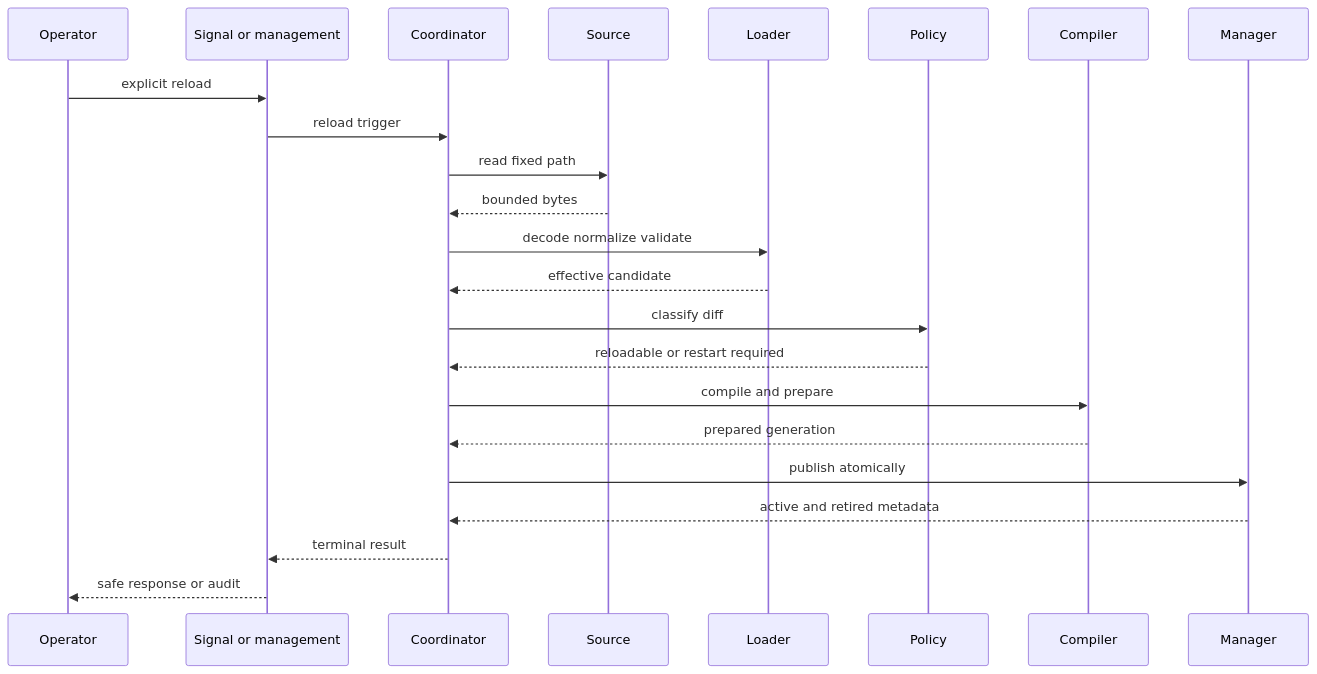
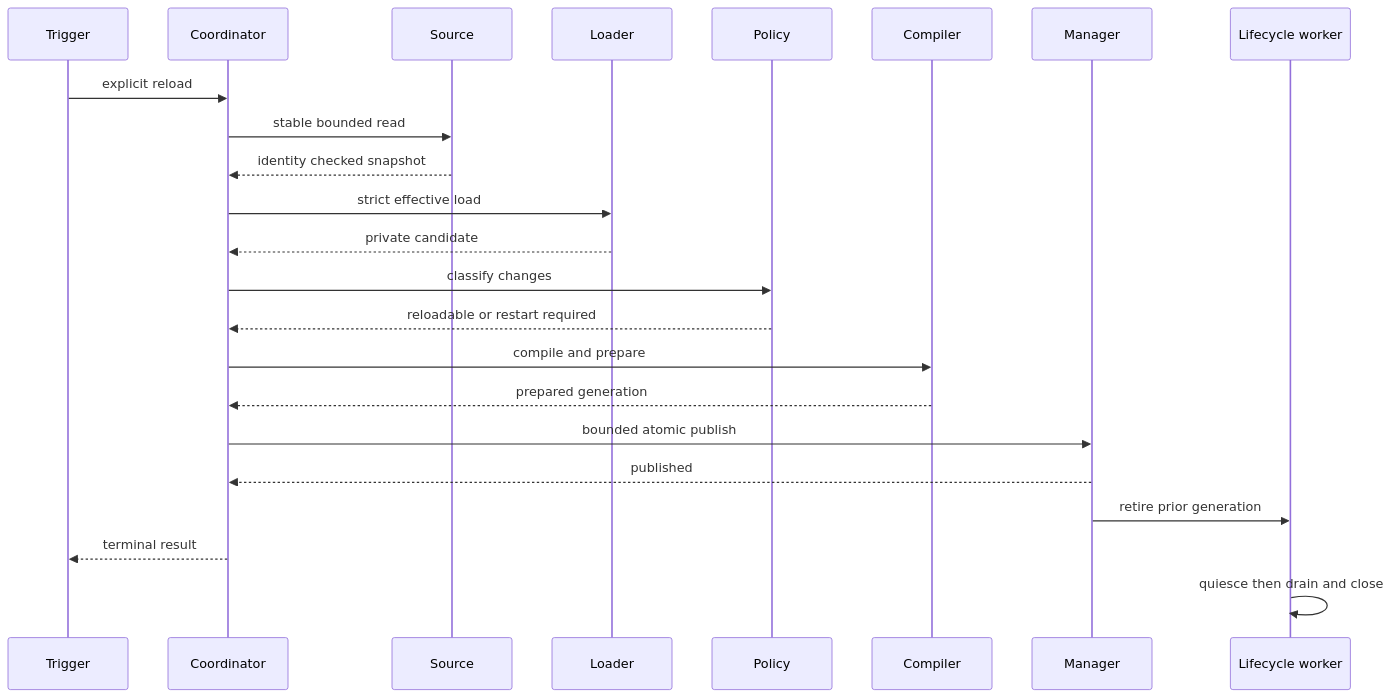
One commit to matdev83/go-llm-interactive-proxy changed the third of 6 diagrams in .kiro/specs/versioned-runtime-reloadable-proxy-configuration/design.md. Above: the diagram before and after it, drawn with Mermaid. The commit also changed other lines of this file, not shown here.

Commit message:
spec: correct runtime reload design after review

````diff
--- a/.kiro/specs/versioned-runtime-reloadable-proxy-configuration/design.md
+++ b/.kiro/specs/versioned-runtime-reloadable-proxy-configuration/design.md
@@ -685,26 +666,26 @@
 ```mermaid
 sequenceDiagram
-    participant Operator
-    participant Trigger as Signal or management
-    participant Coordinator
+    participant Trigger
+    participant Coord as Coordinator
     participant Source
     participant Loader
     participant Policy
     participant Compiler
     participant Manager
+    participant Life as Lifecycle worker
 
-    Operator->>Trigger: explicit reload
-    Trigger->>Coordinator: reload trigger
-    Coordinator->>Source: read fixed path
-    Source-->>Coordinator: bounded bytes
-    Coordinator->>Loader: decode normalize validate
-    Loader-->>Coordinator: effective candidate
-    Coordinator->>Policy: classify diff
-    Policy-->>Coordinator: reloadable or restart required
-    Coordinator->>Compiler: compile and prepare
-    Compiler-->>Coordinator: prepared generation
-    Coordinator->>Manager: publish atomically
-    Manager-->>Coordinator: active and retired metadata
-    Coordinator-->>Trigger: terminal result
-    Trigger-->>Operator: safe response or audit
+    Trigger->>Coord: explicit reload
+    Coord->>Source: stable bounded read
+    Source-->>Coord: identity checked snapshot
+    Coord->>Loader: strict effective load
+    Loader-->>Coord: private candidate
+    Coord->>Policy: classify changes
+    Policy-->>Coord: reloadable or restart required
+    Coord->>Compiler: compile and prepare
+    Compiler-->>Coord: prepared generation
+    Coord->>Manager: bounded atomic publish
+    Manager-->>Coord: published
+    Manager->>Life: retire prior generation
+    Coord-->>Trigger: terminal result
+    Life->>Life: quiesce then drain and close
 ```
````
